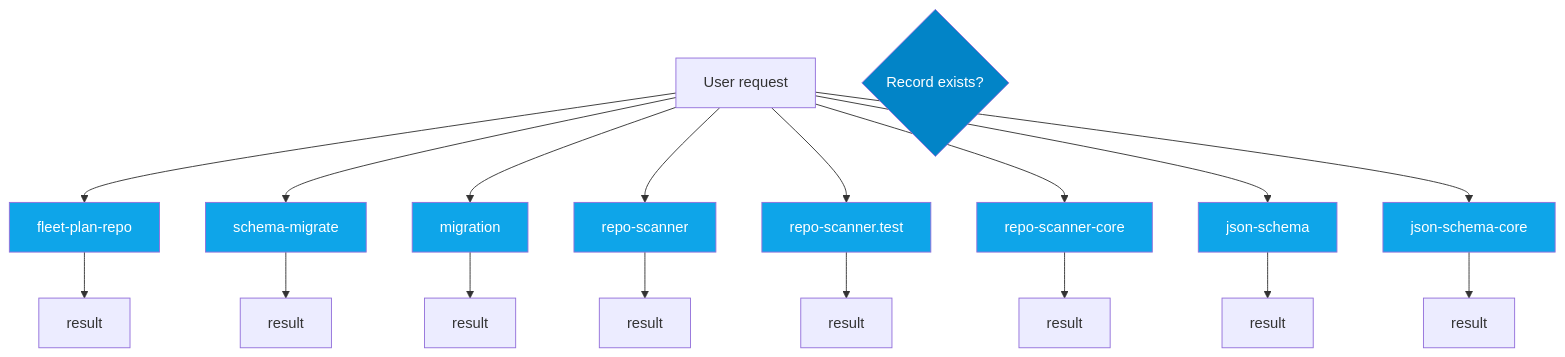
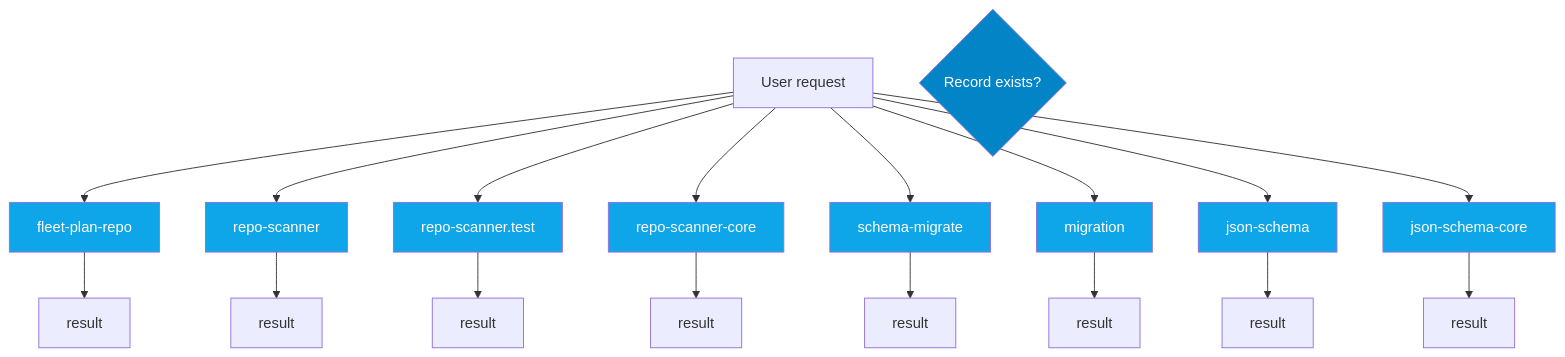
Before and after one commit to jscraik/coding-harness: the sixth of 14 diagrams in AI/context/diagram-context.md, drawn with Mermaid. The commit also changed other lines of this file and 6 other files, not shown here.

````diff
--- a/AI/context/diagram-context.md
+++ b/AI/context/diagram-context.md
@@ -442,34 +448,34 @@
 ```mermaid
 flowchart TD
   UserRequest["User request"]
   Decision{Record exists?}
   fleet_plan_repo_ecdc6499["fleet-plan-repo"]
   UserRequest --> fleet_plan_repo_ecdc6499
   fleet_plan_repo_ecdc6499 --> fleet_plan_repo_ecdc6499_result["result"]
-  schema_migrate_c0646635["schema-migrate"]
-  UserRequest --> schema_migrate_c0646635
-  schema_migrate_c0646635 --> schema_migrate_c0646635_result["result"]
-  migration_8a6cead4["migration"]
-  UserRequest --> migration_8a6cead4
-  migration_8a6cead4 --> migration_8a6cead4_result["result"]
   repo_scanner_a8b2579e["repo-scanner"]
   UserRequest --> repo_scanner_a8b2579e
   repo_scanner_a8b2579e --> repo_scanner_a8b2579e_result["result"]
   repo_scanner_test_cb7e9d00["repo-scanner.test"]
   UserRequest --> repo_scanner_test_cb7e9d00
   repo_scanner_test_cb7e9d00 --> repo_scanner_test_cb7e9d00_result["result"]
   repo_scanner_core_8e9f7646["repo-scanner-core"]
   UserRequest --> repo_scanner_core_8e9f7646
   repo_scanner_core_8e9f7646 --> repo_scanner_core_8e9f7646_result["result"]
+  schema_migrate_c0646635["schema-migrate"]
+  UserRequest --> schema_migrate_c0646635
+  schema_migrate_c0646635 --> schema_migrate_c0646635_result["result"]
+  migration_8a6cead4["migration"]
+  UserRequest --> migration_8a6cead4
+  migration_8a6cead4 --> migration_8a6cead4_result["result"]
   json_schema_74a768d7["json-schema"]
   UserRequest --> json_schema_74a768d7
   json_schema_74a768d7 --> json_schema_74a768d7_result["result"]
   json_schema_core_96d7e328["json-schema-core"]
   UserRequest --> json_schema_core_96d7e328
   json_schema_core_96d7e328 --> json_schema_core_96d7e328_result["result"]
   classDef dbNode fill:#0ea5e9,color:#fff
-  class fleet_plan_repo_ecdc6499,schema_migrate_c0646635,migration_8a6cead4,repo_scanner_a8b2579e,repo_scanner_test_cb7e9d00,repo_scanner_core_8e9f7646,json_schema_74a768d7,json_schema_core_96d7e328 dbNode
+  class fleet_plan_repo_ecdc6499,repo_scanner_a8b2579e,repo_scanner_test_cb7e9d00,repo_scanner_core_8e9f7646,schema_migrate_c0646635,migration_8a6cead4,json_schema_74a768d7,json_schema_core_96d7e328 dbNode
   classDef decisionNode fill:#0284c7,color:#fff
   class Decision decisionNode
 
 ```
````
